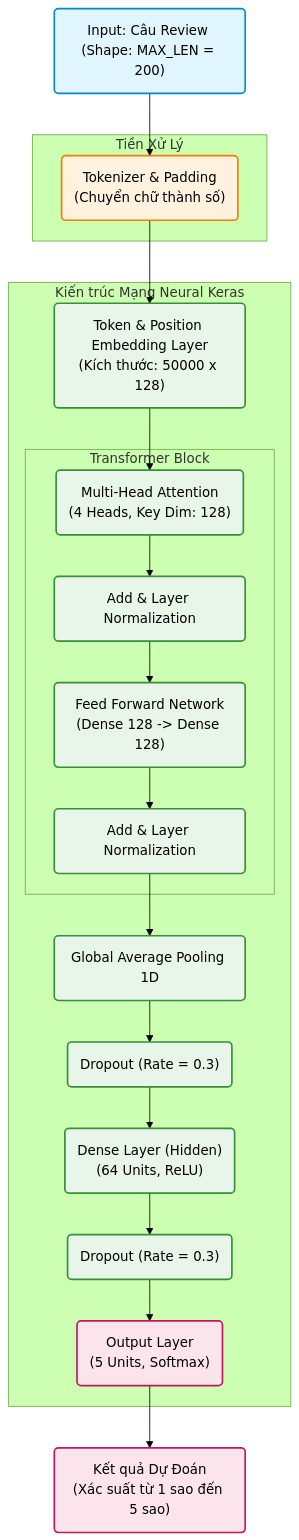
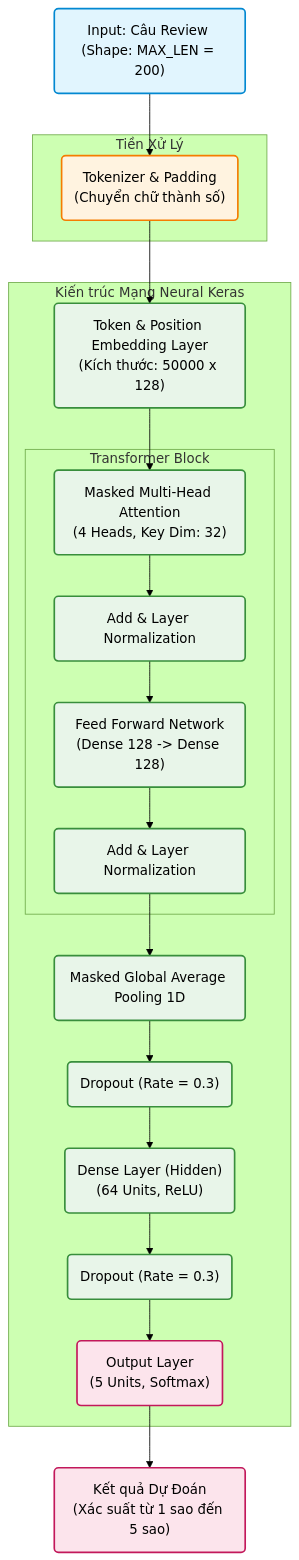
Before and after one commit to nguyenphongg233/BiLSTMnAttention-For-Sentiment-Analysis: the diagram in Transformer/Transformer_Architecture.md, drawn with Mermaid (forest theme). The commit also changed other lines of this file and 11 other files, not shown here.

Commit message:
fix data leakage and attention on padding (biLSTM), add masking and fix key_dim (transformer), add simpleRNN baseline, preprocessing, split, metrics pipeline for comparison,new code for table and graph generation

````diff
--- a/Transformer/Transformer_Architecture.md
+++ b/Transformer/Transformer_Architecture.md
@@ -5,56 +5,56 @@
 ```mermaid
 graph TD
     %% Định nghĩa các Style để biểu đồ đẹp hơn
     classDef input fill:#e1f5fe,stroke:#0288d1,stroke-width:2px,color:#000
     classDef processing fill:#fff3e0,stroke:#f57c00,stroke-width:2px,color:#000
     classDef core fill:#e8f5e9,stroke:#388e3c,stroke-width:2px,color:#000
     classDef output fill:#fce4ec,stroke:#c2185b,stroke-width:2px,color:#000
 
     %% Các khối chính
     A("Input: Câu Review <br>(Shape: MAX_LEN = 200)")
     
     subgraph tien_xu_ly [Tiền Xử Lý]
         B("Tokenizer & Padding<br>(Chuyển chữ thành số)")
     end
     
     subgraph neural_network [Kiến trúc Mạng Neural Keras]
         C("Token & Position Embedding Layer<br>(Kích thước: 50000 x 128)")
         
         subgraph transformer_block [Transformer Block]
-            D("Multi-Head Attention<br>(4 Heads, Key Dim: 128)")
+            D("Masked Multi-Head Attention<br>(4 Heads, Key Dim: 32)")
             E("Add & Layer Normalization")
             F("Feed Forward Network<br>(Dense 128 -> Dense 128)")
             G("Add & Layer Normalization")
         end
         
-        H("Global Average Pooling 1D")
+        H("Masked Global Average Pooling 1D")
         Drop1("Dropout (Rate = 0.3)")
         
         I("Dense Layer (Hidden)<br>(64 Units, ReLU)")
         Drop2("Dropout (Rate = 0.3)")
         
         J("Output Layer<br>(5 Units, Softmax)")
     end
     
     K("Kết quả Dự Đoán<br>(Xác suất từ 1 sao đến 5 sao)")
 
     %% Luồng dữ liệu
     A --> B
     B --> C
     C --> D
     D --> E
     E --> F
     F --> G
     G --> H
     H --> Drop1
     Drop1 --> I
     I --> Drop2
     Drop2 --> J
     J --> K
 
     %% Gán Style
     class A input
     class B processing
     class C,D,E,F,G,H,Drop1,I,Drop2 core
     class J,K output
 ```
````
